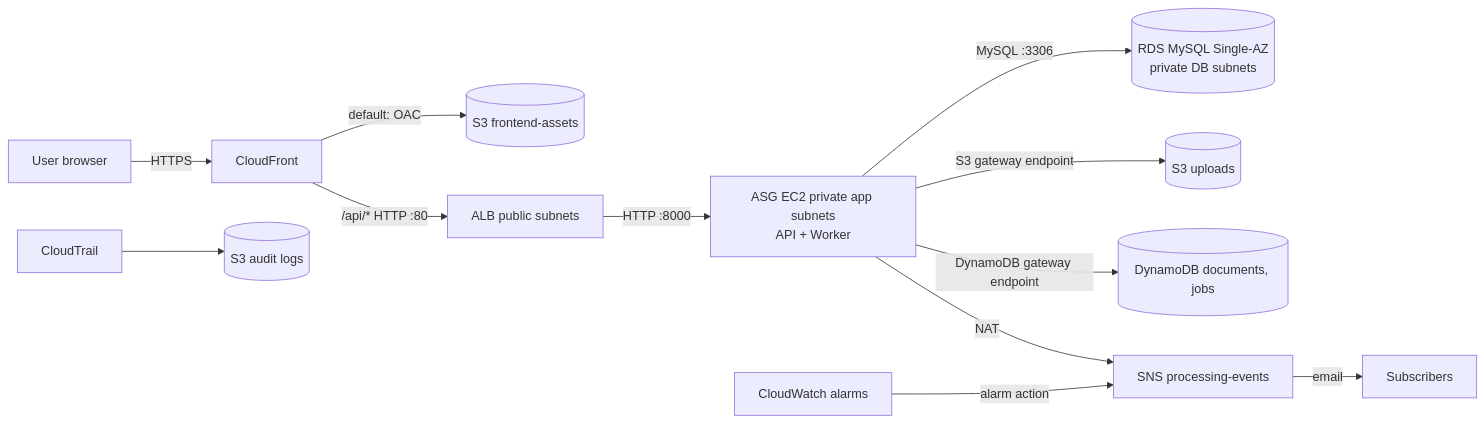
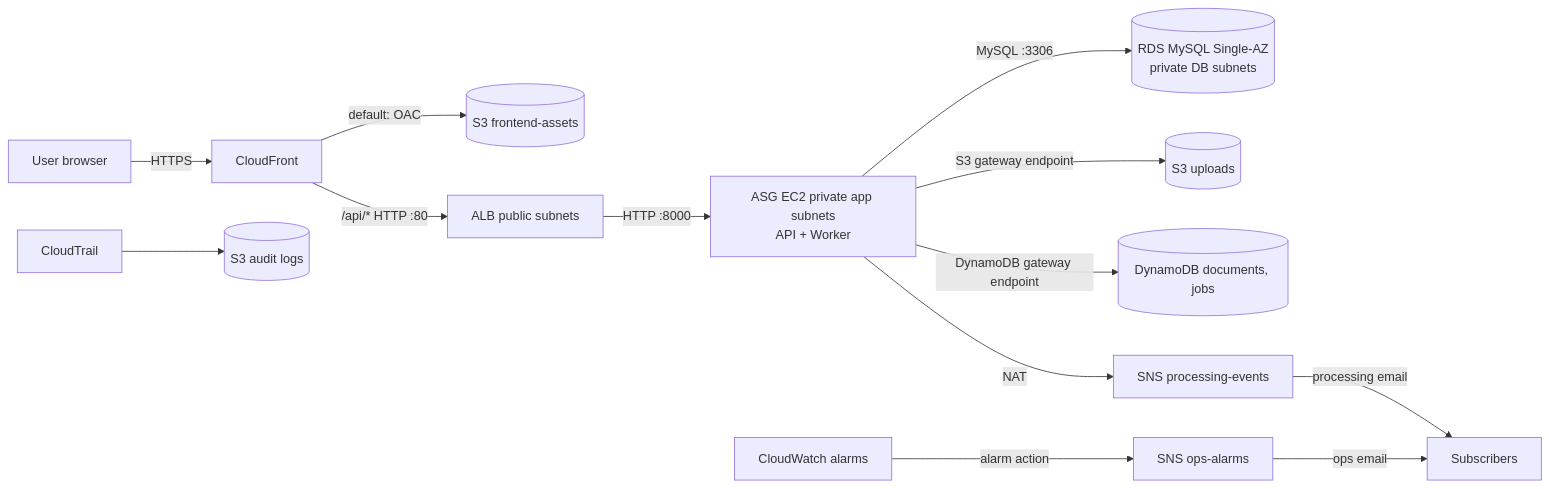
Before and after one commit to JuanJDlp/Document-Intelligence: the diagram in specs/01-architecture.md, drawn with Mermaid. The commit also changed other lines of this file, not shown here.

Commit message:
docs(specs): describe both sns topics and their email subscriptions

````diff
--- a/specs/01-architecture.md
+++ b/specs/01-architecture.md
@@ -27,14 +27,15 @@
 ```mermaid
 flowchart LR
     U[User browser] -->|HTTPS| CF[CloudFront]
     CF -->|default: OAC| S3F[(S3 frontend-assets)]
     CF -->|/api/* HTTP :80| ALB[ALB public subnets]
     ALB -->|HTTP :8000| ASG[ASG EC2 private app subnets\nAPI + Worker]
     ASG -->|MySQL :3306| RDS[(RDS MySQL Single-AZ\nprivate DB subnets)]
     ASG -->|S3 gateway endpoint| S3U[(S3 uploads)]
     ASG -->|DynamoDB gateway endpoint| DDB[(DynamoDB documents, jobs)]
     ASG -->|NAT| SNS[SNS processing-events]
-    SNS -->|email| OPS[Subscribers]
-    CW[CloudWatch alarms] -->|alarm action| SNS
+    SNS -->|processing email| OPS[Subscribers]
+    CW[CloudWatch alarms] -->|alarm action| ALARMS[SNS ops-alarms]
+    ALARMS -->|ops email| OPS
     CT[CloudTrail] --> S3L[(S3 audit logs)]
 ```
````
